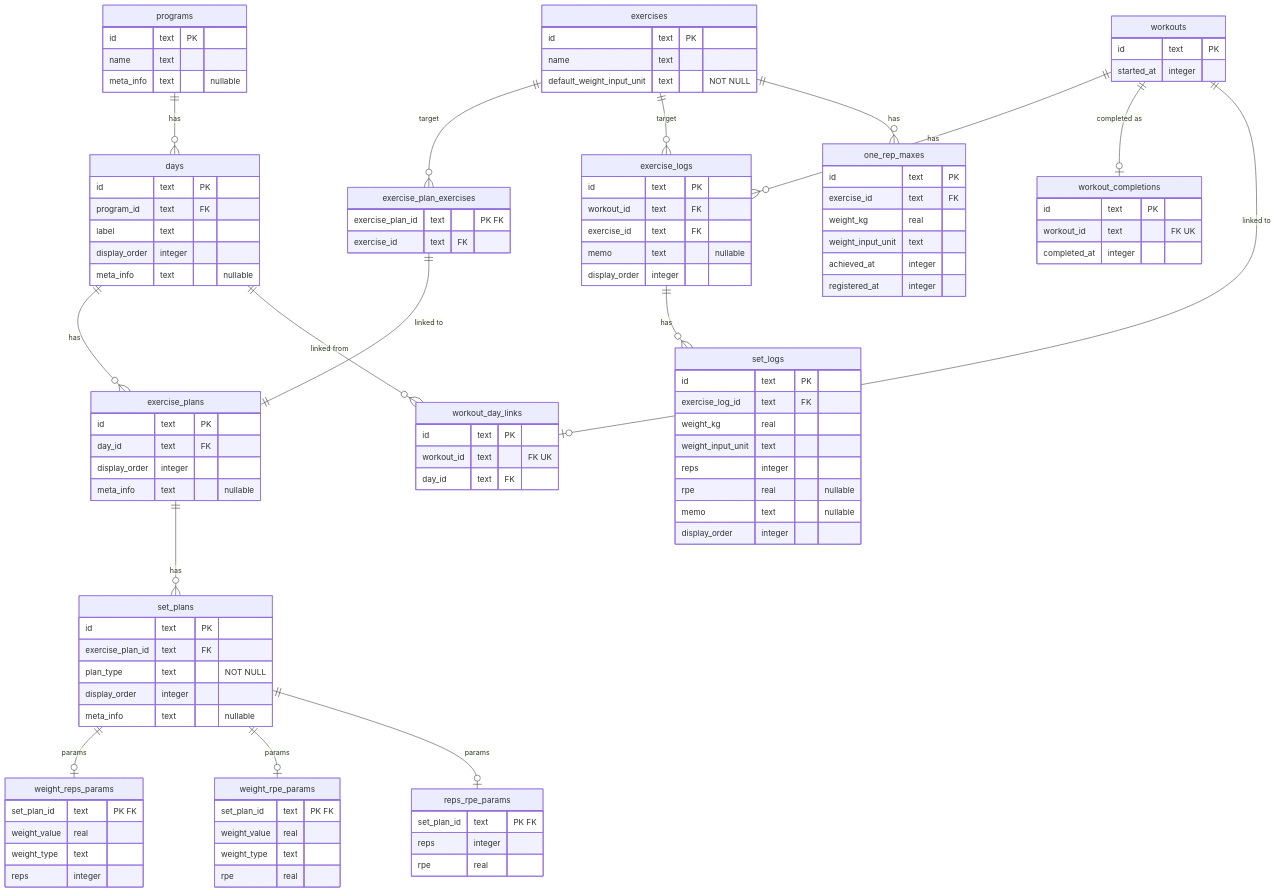
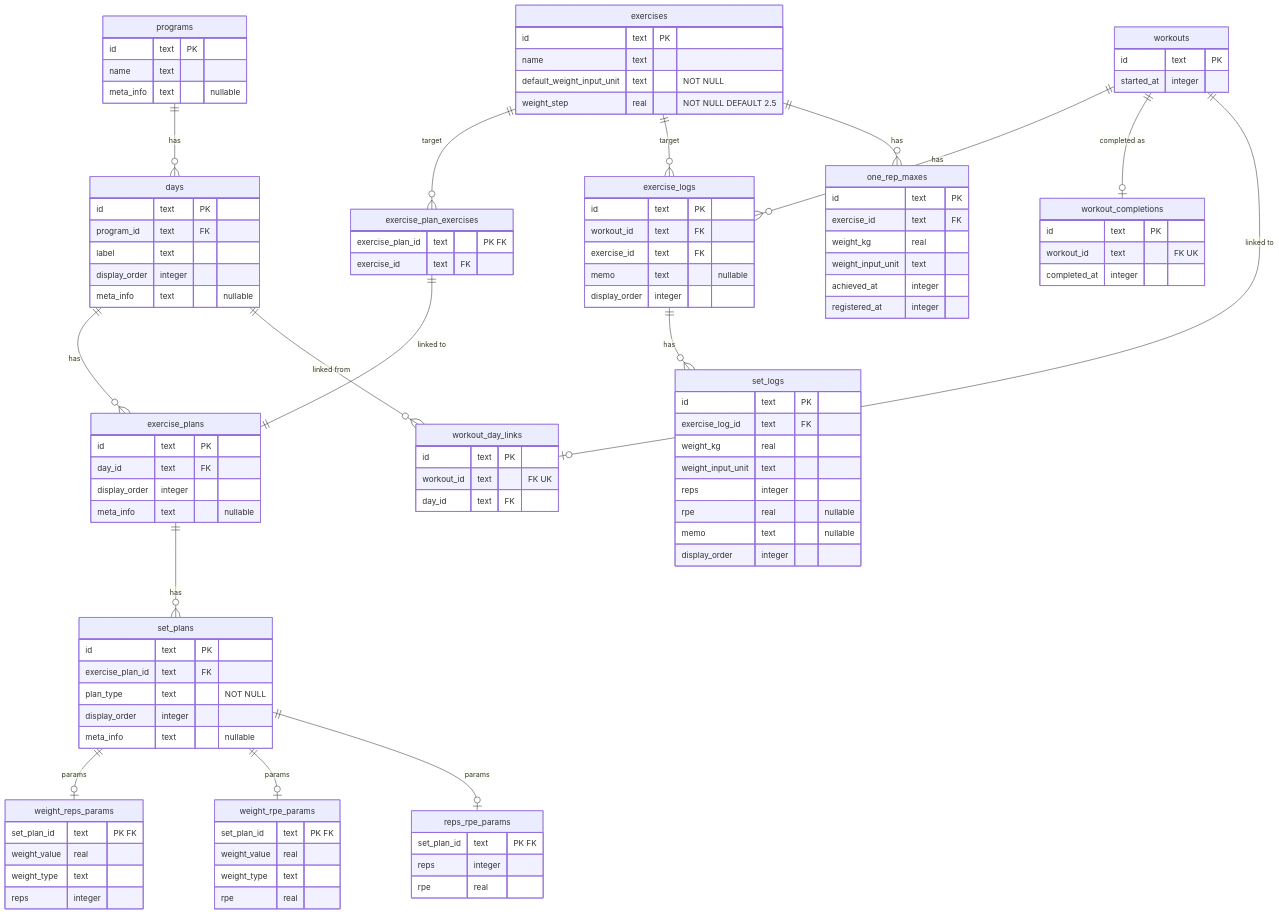
The diagram in docs/project/erd-design/schema.md (gn-t-k/next-lift), drawn with Mermaid before and after one commit. The commit also changed other lines of this file and 2 other files, not shown here.

Commit message:
docs(erd): exercises.weight_step を ERD と設計判断ログに反映
種目ごとに重量微調整刻みを保持する判断（ER設計判断 #33）を記録。Mermaid ERD と「カラム設計の補足」の重量関連セクションに `weight_step` を追記し、`default_weight_input_unit`（ADR-027）と並ぶ「種目ごとの設定」として整理する。

Issue #712。

```diff
--- a/docs/project/erd-design/schema.md
+++ b/docs/project/erd-design/schema.md
@@ -70,6 +70,7 @@
         id text PK
         name text
         default_weight_input_unit text "NOT NULL"
+        weight_step real "NOT NULL DEFAULT 2.5"
     }
     one_rep_maxes {
         id text PK
```
